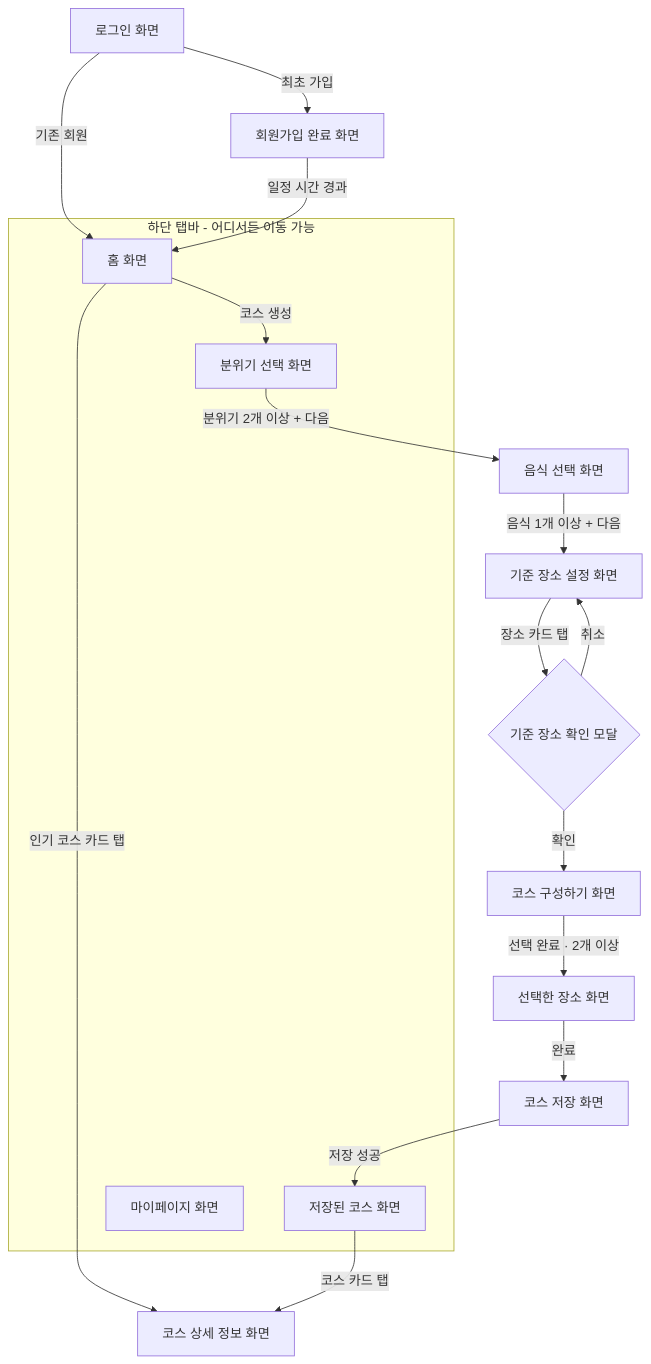
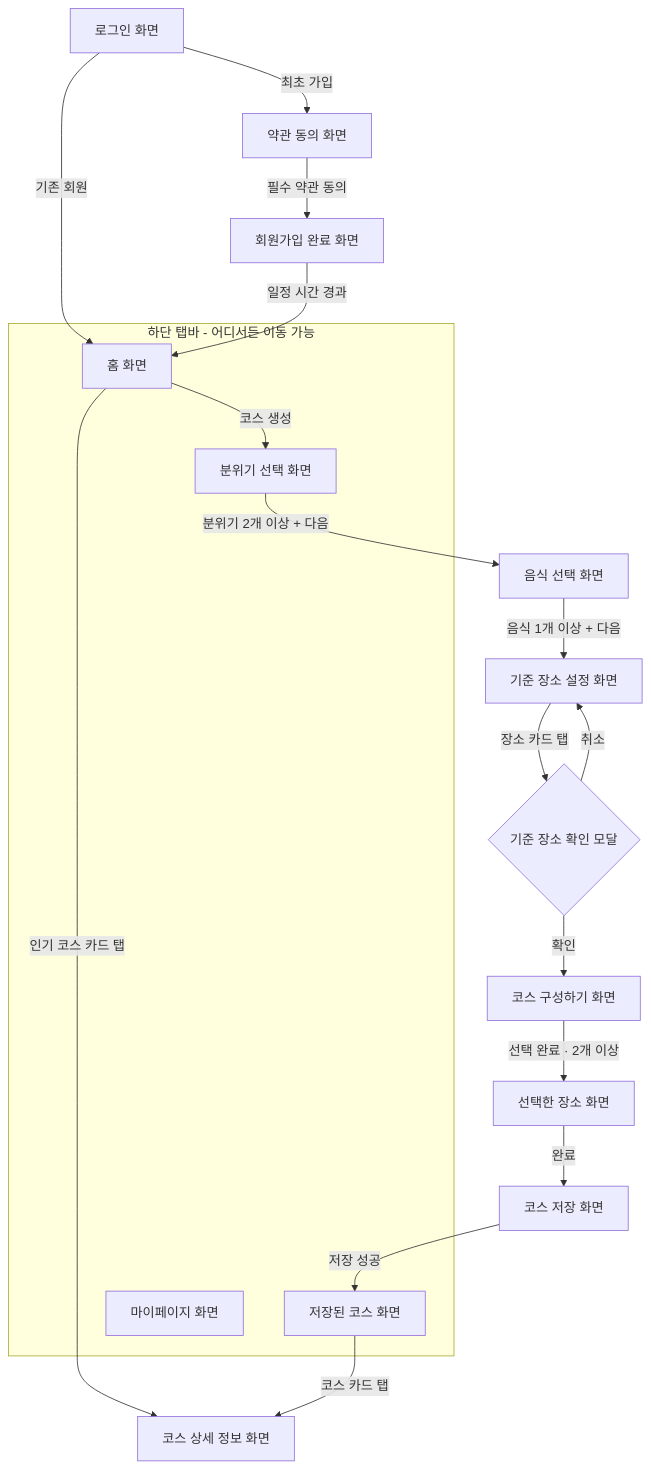
One commit to UMC-TODAIT/TODAIT_AOS changed the diagram in README.md. Above: the diagram before and after it, drawn with Mermaid. The commit also changed other lines of this file and 2 other files, not shown here.

````diff
--- a/README.md
+++ b/README.md
@@ -126,26 +127,27 @@
 ```mermaid
 flowchart TD
-    Login[로그인 화면] -->|최초 가입| SignupComplete[회원가입 완료 화면]
+    Login[로그인 화면] -->|최초 가입| Terms[약관 동의 화면]
     Login -->|기존 회원| Home[홈 화면]
+    Terms -->|필수 약관 동의| SignupComplete[회원가입 완료 화면]
     SignupComplete -->|일정 시간 경과| Home
 
     Home -->|코스 생성| Mood[분위기 선택 화면]
     Home -->|인기 코스 카드 탭| CourseDetail[코스 상세 정보 화면]
 
     Mood -->|분위기 2개 이상 + 다음| Food[음식 선택 화면]
     Food -->|음식 1개 이상 + 다음| BasePlace[기준 장소 설정 화면]
     BasePlace -->|장소 카드 탭| Confirm{기준 장소 확인 모달}
     Confirm -->|확인| Compose[코스 구성하기 화면]
     Confirm -->|취소| BasePlace
     Compose -->|선택 완료 · 2개 이상| Selected[선택한 장소 화면]
     Selected -->|완료| Save[코스 저장 화면]
     Save -->|저장 성공| Saved[저장된 코스 화면]
     Saved -->|코스 카드 탭| CourseDetail
 
     subgraph BottomTab[하단 탭바 - 어디서든 이동 가능]
         Home
         Mood
         Saved
         MyPage[마이페이지 화면]
     end
 ```
````
